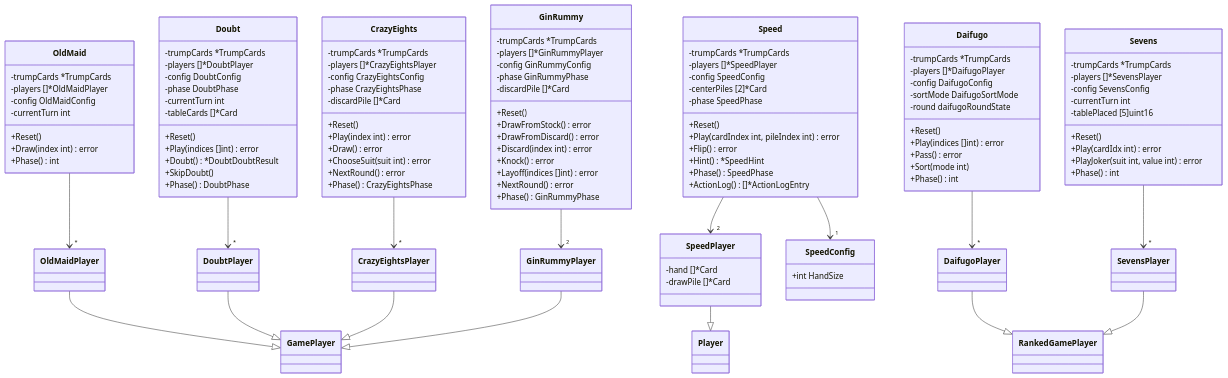
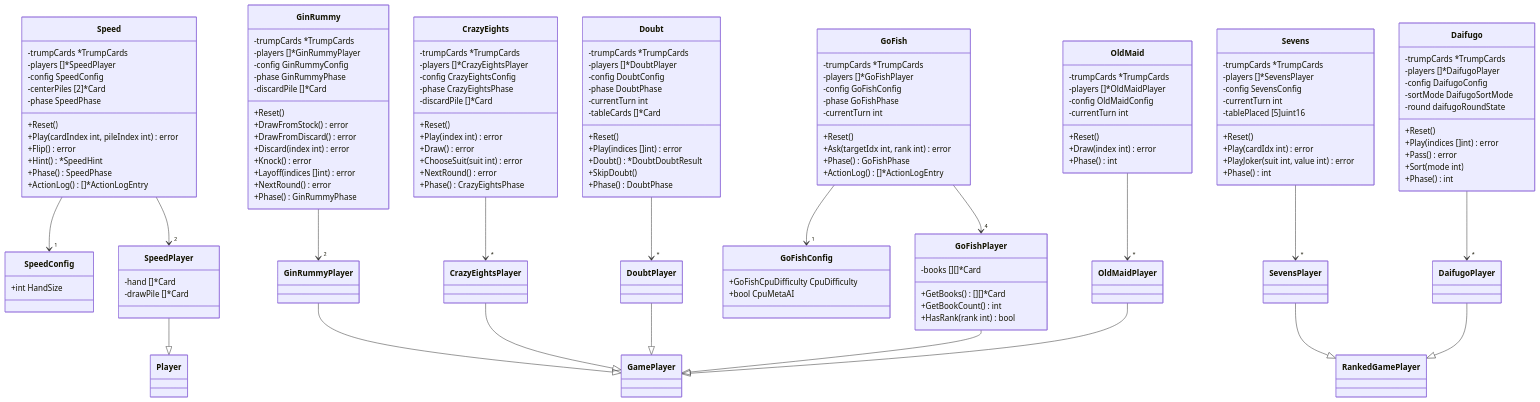
One commit to yuta-yoshinaga/go_trumpcards changed the sixth of 43 diagrams in docs/design/backend.md. Above: the diagram before and after it, drawn with Mermaid. The commit also changed other lines of this file and 52 other files, not shown here.

First line of the commit message:
feat: add Go Fish (ゴーフィッシュ) game

````diff
--- a/docs/design/backend.md
+++ b/docs/design/backend.md
@@ -683,6 +685,33 @@
     GinRummy --> "2" GinRummyPlayer
     Speed --> "2" SpeedPlayer
     Speed --> "1" SpeedConfig
+
+    class GoFish {
+        -trumpCards *TrumpCards
+        -players []*GoFishPlayer
+        -config GoFishConfig
+        -phase GoFishPhase
+        -currentTurn int
+        +Reset()
+        +Ask(targetIdx int, rank int) error
+        +Phase() GoFishPhase
+        +ActionLog() []*ActionLogEntry
+    }
+
+    class GoFishPlayer {
+        -books [][]*Card
+        +GetBooks() [][]*Card
+        +GetBookCount() int
+        +HasRank(rank int) bool
+    }
+
+    class GoFishConfig {
+        +GoFishCpuDifficulty CpuDifficulty
+        +bool CpuMetaAI
+    }
+
+    GoFish --> "4" GoFishPlayer
+    GoFish --> "1" GoFishConfig
     OldMaidPlayer --|> GamePlayer
     DaifugoPlayer --|> RankedGamePlayer
     SevensPlayer --|> RankedGamePlayer
@@ -690,4 +719,5 @@
     CrazyEightsPlayer --|> GamePlayer
     GinRummyPlayer --|> GamePlayer
     SpeedPlayer --|> Player
+    GoFishPlayer --|> GamePlayer
 ```
````
